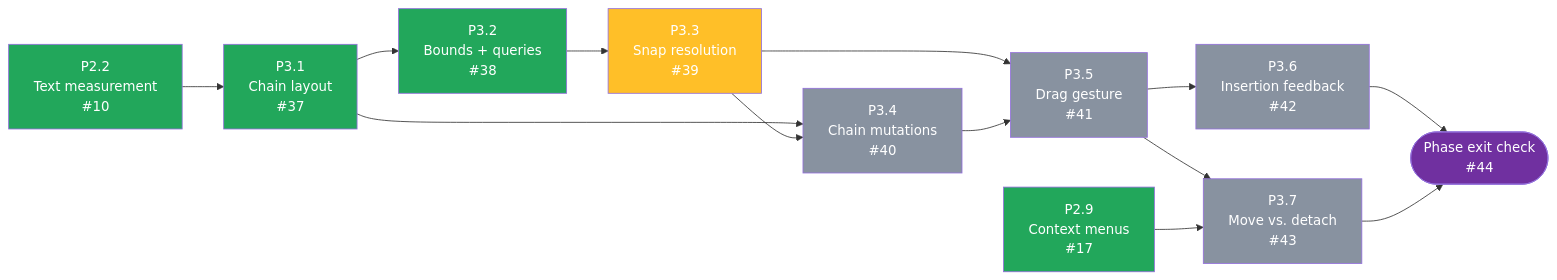
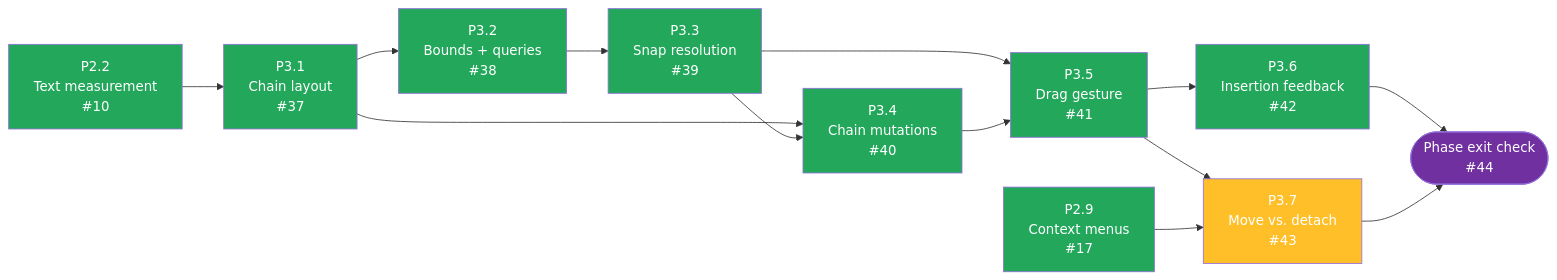
Before and after one commit to tousifosman/CalcMind: the second of 2 diagrams in docs/DEVELOPMENT_PLAN.md, drawn with Mermaid. The commit also changed other lines of this file and 7 other files, not shown here.

````diff
--- a/docs/DEVELOPMENT_PLAN.md
+++ b/docs/DEVELOPMENT_PLAN.md
@@ -328,37 +328,37 @@
 ```mermaid
 flowchart LR
     P22["P2.2<br/>Text measurement<br/>#10"]
     P29["P2.9<br/>Context menus<br/>#17"]
     P31["P3.1<br/>Chain layout<br/>#37"]
     P32["P3.2<br/>Bounds + queries<br/>#38"]
     P33["P3.3<br/>Snap resolution<br/>#39"]
     P34["P3.4<br/>Chain mutations<br/>#40"]
     P35["P3.5<br/>Drag gesture<br/>#41"]
     P36["P3.6<br/>Insertion feedback<br/>#42"]
     P37["P3.7<br/>Move vs. detach<br/>#43"]
     EXIT(["Phase exit check<br/>#44"])
 
     P22 --> P31
     P31 --> P32
     P32 --> P33
     P31 --> P34
     P33 --> P34
     P33 --> P35
     P34 --> P35
     P35 --> P36
     P35 --> P37
     P29 --> P37
     P36 --> EXIT
     P37 --> EXIT
 
     style P22 fill:#22A75B,color:#fff
     style P29 fill:#22A75B,color:#fff
     style P31 fill:#22A75B,color:#fff
     style P32 fill:#22A75B,color:#fff
-    style P33 fill:#FFBF28,color:#fff
-    style P34 fill:#8892A0,color:#fff
-    style P35 fill:#8892A0,color:#fff
-    style P36 fill:#8892A0,color:#fff
-    style P37 fill:#8892A0,color:#fff
+    style P33 fill:#22A75B,color:#fff
+    style P34 fill:#22A75B,color:#fff
+    style P35 fill:#22A75B,color:#fff
+    style P36 fill:#22A75B,color:#fff
+    style P37 fill:#FFBF28,color:#fff
     style EXIT fill:#7030A0,color:#fff
 ```
````
